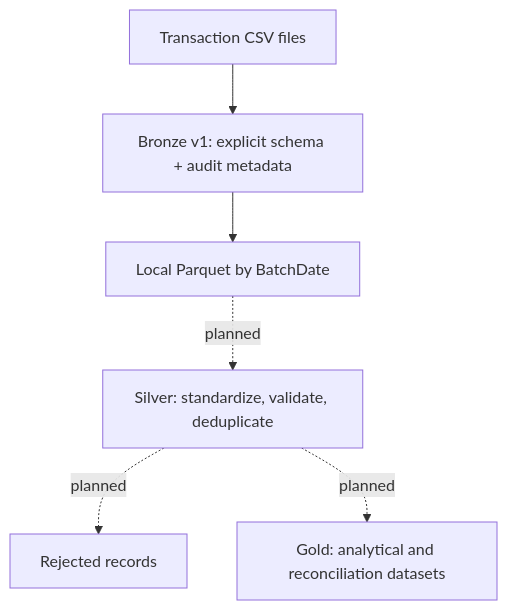
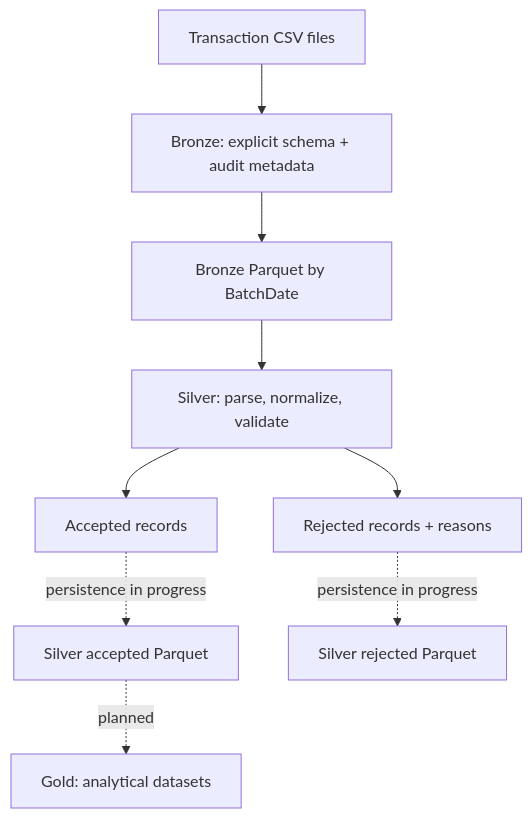
The diagram in README.md (cdwilliams23/sql-data-engineering-lab), drawn with Mermaid before and after one commit. The commit also changed other lines of this file and 2 other files, not shown here.

Commit message:
feat: add batch-scoped Silver Parquet persistence

````diff
--- a/README.md
+++ b/README.md
@@ -35,8 +39,11 @@
 ```mermaid
 flowchart TD
-    A["Transaction CSV files"] --> B["Bronze v1: explicit schema + audit metadata"]
-    B --> C["Local Parquet by BatchDate"]
-    C -. planned .-> D["Silver: standardize, validate, deduplicate"]
-    D -. planned .-> E["Rejected records"]
-    D -. planned .-> F["Gold: analytical and reconciliation datasets"]
+    A["Transaction CSV files"] --> B["Bronze: explicit schema + audit metadata"]
+    B --> C["Bronze Parquet by BatchDate"]
+    C --> D["Silver: parse, normalize, validate"]
+    D --> E["Accepted records"]
+    D --> F["Rejected records + reasons"]
+    E -. persistence in progress .-> G["Silver accepted Parquet"]
+    F -. persistence in progress .-> H["Silver rejected Parquet"]
+    G -. planned .-> I["Gold: analytical datasets"]
 ```
````
